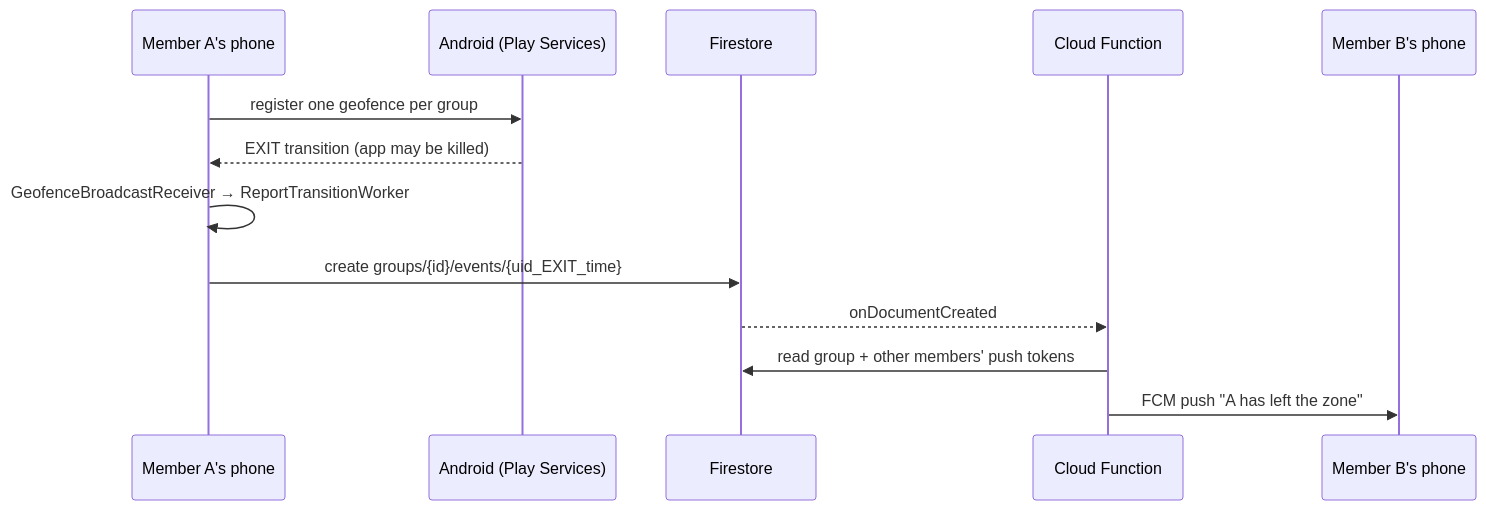
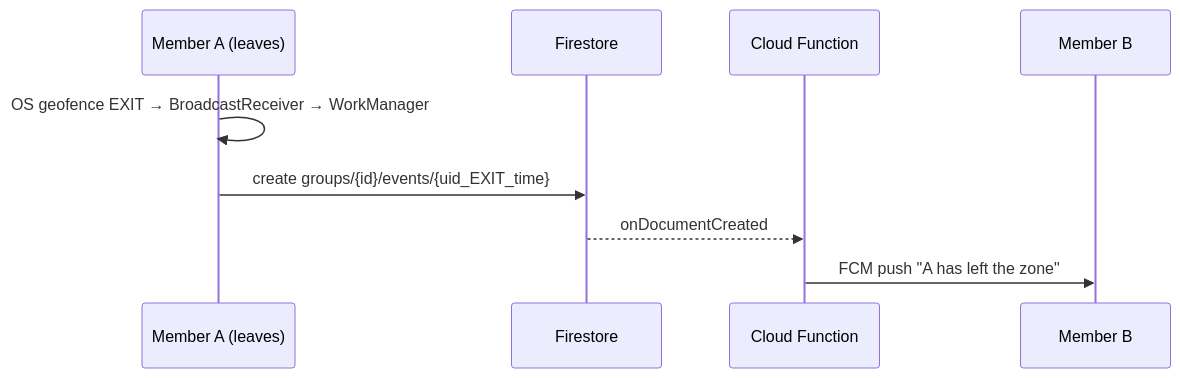
Before and after one commit to Darshan-05032003/GeoGuard: the diagram in README.md, drawn with Mermaid. The commit also changed other lines of this file, not shown here.

````diff
--- a/README.md
+++ b/README.md
@@ -26,15 +23,11 @@
 ```mermaid
 sequenceDiagram
-    participant A as Member A's phone
-    participant OS as Android (Play Services)
+    participant A as Member A (leaves)
     participant FS as Firestore
     participant CF as Cloud Function
-    participant B as Member B's phone
-    A->>OS: register one geofence per group
-    OS-->>A: EXIT transition (app may be killed)
-    A->>A: GeofenceBroadcastReceiver → ReportTransitionWorker
+    participant B as Member B
+    A->>A: OS geofence EXIT → BroadcastReceiver → WorkManager
     A->>FS: create groups/{id}/events/{uid_EXIT_time}
     FS-->>CF: onDocumentCreated
-    CF->>FS: read group + other members' push tokens
     CF->>B: FCM push "A has left the zone"
 ```
````
